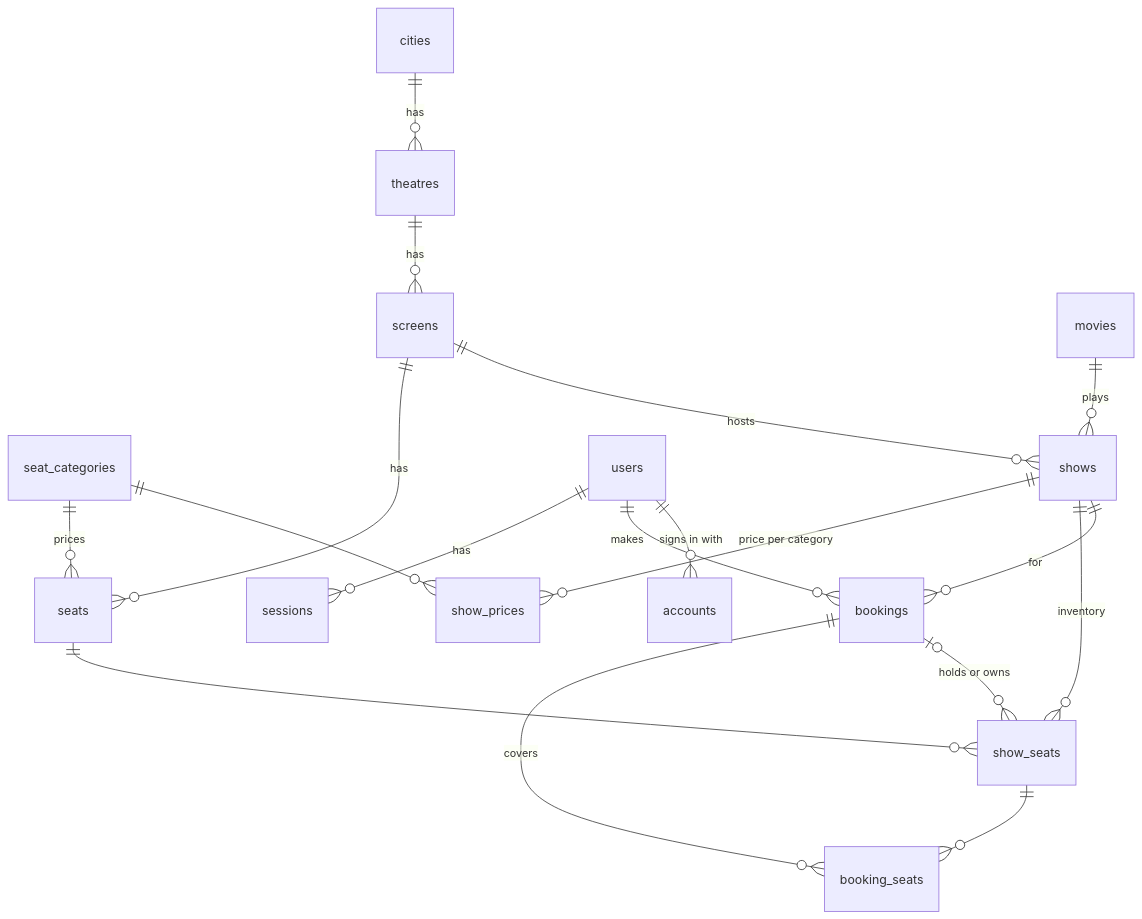
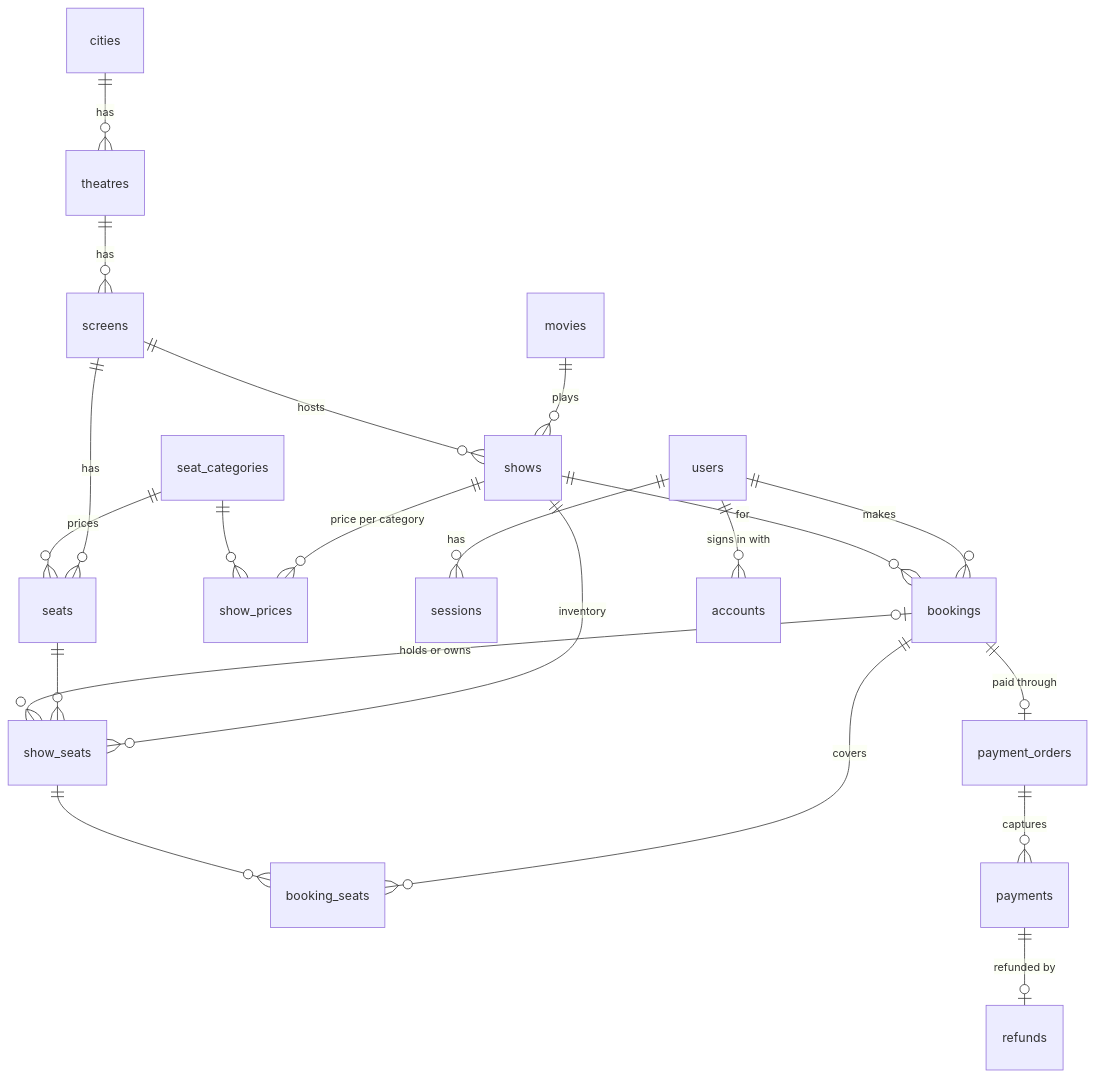
The diagram in docs/architecture.md (tilak-raaz/Tixora), drawn with Mermaid before and after one commit. The commit also changed other lines of this file and 3 other files, not shown here.

Commit message:
feat(payment): add payments schema with database-enforced money rules (#11)

````diff
--- a/docs/architecture.md
+++ b/docs/architecture.md
@@ -50,20 +51,23 @@
 ```mermaid
 erDiagram
     cities ||--o{ theatres : has
     theatres ||--o{ screens : has
     screens ||--o{ seats : has
     seat_categories ||--o{ seats : prices
     movies ||--o{ shows : plays
     screens ||--o{ shows : hosts
     shows ||--o{ show_prices : "price per category"
     seat_categories ||--o{ show_prices : ""
     shows ||--o{ show_seats : "inventory"
     seats ||--o{ show_seats : ""
     users ||--o{ sessions : has
     users ||--o{ bookings : makes
     shows ||--o{ bookings : for
     bookings ||--o{ booking_seats : covers
     show_seats ||--o{ booking_seats : ""
     bookings |o--o{ show_seats : "holds or owns"
     users ||--o{ accounts : "signs in with"
+    bookings ||--o| payment_orders : "paid through"
+    payment_orders ||--o{ payments : captures
+    payments ||--o| refunds : "refunded by"
 ```
````
